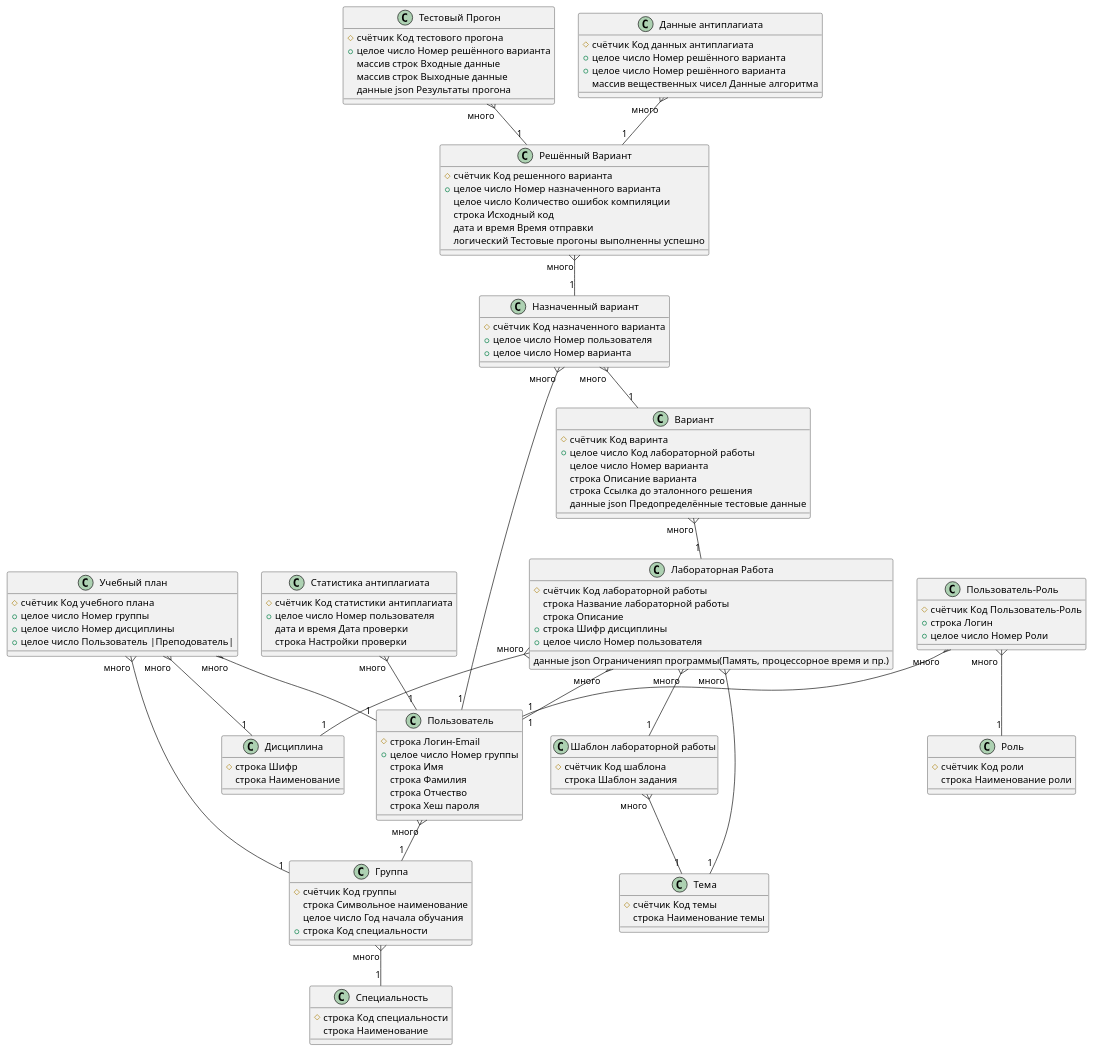
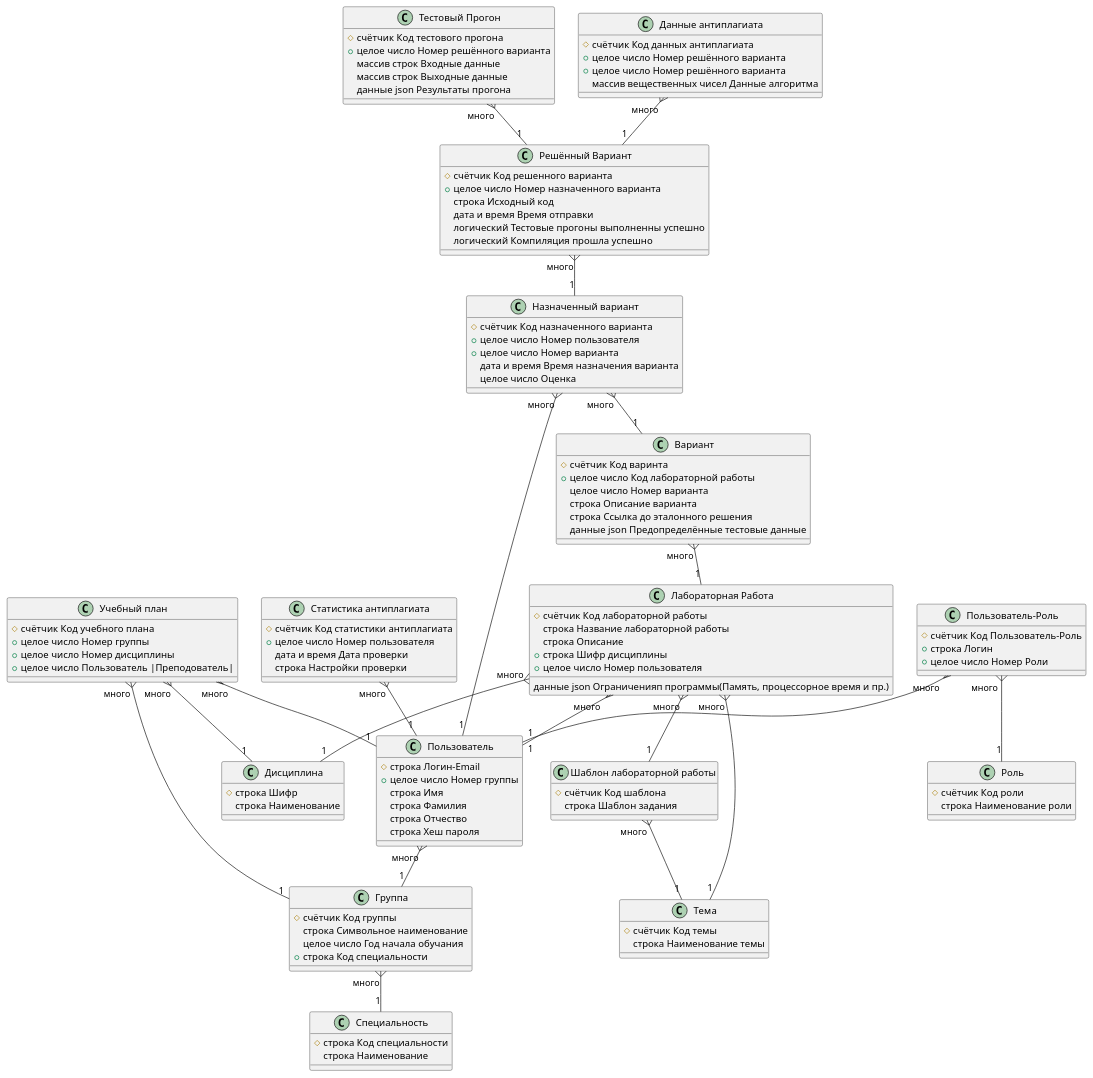
One commit to xguppy/ALS changed the diagram in Diagram/ER.puml. Above: the diagram before and after it, drawn with PlantUML.

Commit message:
Edit ER Diagram

```diff
--- a/Diagram/ER.puml
+++ b/Diagram/ER.puml
@@ -1,149 +1,151 @@
 @startuml ERDiagramm
 
 class Пользователь
 {
     # строка Логин-Email
     + целое число Номер группы
     строка Имя
     строка Фамилия
     строка Отчество
     строка Хеш пароля
 }
 
 class Роль
 {
     # счётчик Код роли
     строка Наименование роли
 }
 
 class "Пользователь-Роль"
 {
     # счётчик Код Пользователь-Роль
     + строка Логин
     + целое число Номер Роли
 }
 
 class "Лабораторная Работа"
 {
     # счётчик Код лабораторной работы
     строка Название лабораторной работы
     строка Описание
     данные json Ограниченияп программы(Память, процессорное время и пр.)
     + строка Шифр дисциплины
     + целое число Номер пользователя
 }
 
 class Вариант
 {
     # счётчик Код варинта
     + целое число Код лабораторной работы
     целое число Номер варианта
     строка Описание варианта
     строка Ссылка до эталонного решения
     данные json Предопределённые тестовые данные
 }
 
 class "Решённый Вариант"
 {
     # счётчик Код решенного варианта
     + целое число Номер назначенного варианта
-    целое число Количество ошибок компиляции
     строка Исходный код
     дата и время Время отправки
     логический Тестовые прогоны выполненны успешно
+    логический Компиляция прошла успешно
 }
 
 class "Тестовый Прогон"
 {
     # счётчик Код тестового прогона
     + целое число Номер решённого варианта
     массив строк Входные данные
     массив строк Выходные данные
     данные json Результаты прогона
 }
 
 class Группа
 {
     # счётчик Код группы
     строка Символьное наименование
     целое число Год начала обучания
     + строка Код специальности
 }
 
 class Дисциплина
 {
     # строка Шифр
     строка Наименование
 }
 
 class "Данные антиплагиата"
 {
     # счётчик Код данных антиплагиата
     + целое число Номер решённого варианта
     + целое число Номер решённого варианта
     массив вещественных чисел Данные алгоритма
 }
 
 class "Статистика антиплагиата"
 {
     # счётчик Код статистики антиплагиата
     + целое число Номер пользователя
     дата и время Дата проверки
     строка Настройки проверки
 }
 
 class "Шаблон лабораторной работы"
 {
     # счётчик Код шаблона
     строка Шаблон задания
 }
 
 class Специальность
 {
     # строка Код специальности
     строка Наименование
 }
 
 class Тема
 {
     # счётчик Код темы
     строка Наименование темы
 }
 
 class "Назначенный вариант"
 {
     # счётчик Код назначенного варианта
     + целое число Номер пользователя
     + целое число Номер варианта
+    дата и время Время назначения варианта
+    целое число Оценка
 }
 
 
 class "Учебный план"
 {
     # счётчик Код учебного плана
     + целое число Номер группы
     + целое число Номер дисциплины
     + целое число Пользователь |Преподователь|
 }
 
 "Пользователь-Роль" "много" }-- "1" Пользователь
 "Пользователь-Роль" "много "}-- "1" Роль
 
 "Лабораторная Работа" "много" }-- "1" Дисциплина
 "Данные антиплагиата" "много" }-- "1" "Решённый Вариант"
 Вариант "много" }-- "1" "Лабораторная Работа"
 "Назначенный вариант" "много" }-- "1" Вариант
 "Назначенный вариант" "много" }-- "1" Пользователь
 "Решённый Вариант" "много" }-- "1" "Назначенный вариант"
 Пользователь "много" }-- "1" Группа
 Группа "много" }-- "1" Специальность
 "Лабораторная Работа" "много" }-- "1" Тема
 "Шаблон лабораторной работы" "много" }-- "1" Тема
 "Статистика антиплагиата" "много" }-- "1" Пользователь
 "Лабораторная Работа" "много" }-- "1" "Шаблон лабораторной работы"
 "Лабораторная Работа" "много" }-- "1" Пользователь
 "Тестовый Прогон" "много" }-- "1" "Решённый Вариант"
 "Учебный план" "много" }-- "1" Группа
 "Учебный план" "много" }-- "1" Дисциплина
 "Учебный план" "много" }-- "1" Пользователь
 @enduml
```
